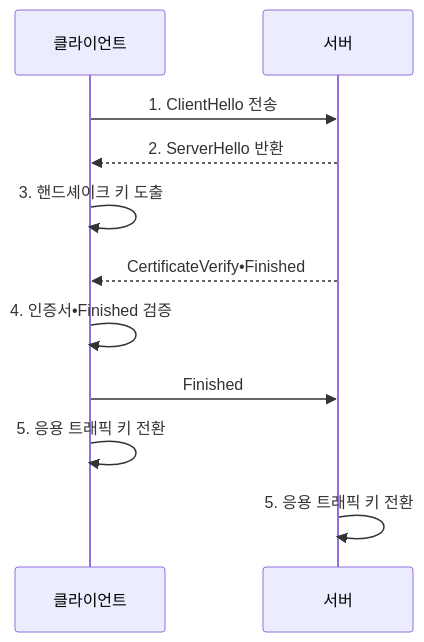
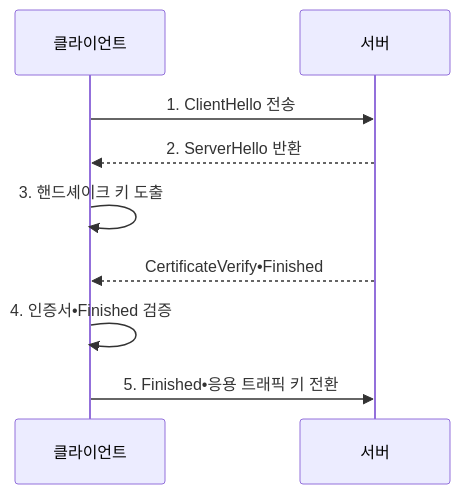
The second of 2 diagrams in src/content/docs/notes/05-security/011_tls_1_3_handshake.md (agnusdei1207/knowledge-base), drawn with Mermaid before and after one commit. The commit also changed other lines of this file and 7 other files, not shown here.

````diff
--- a/src/content/docs/notes/05-security/011_tls_1_3_handshake.md
+++ b/src/content/docs/notes/05-security/011_tls_1_3_handshake.md
@@ -110,13 +110,11 @@
 ```mermaid
 sequenceDiagram
     participant C as 클라이언트
     participant S as 서버
     C->>S: 1. ClientHello 전송
     S-->>C: 2. ServerHello 반환
     C->>C: 3. 핸드셰이크 키 도출
     S-->>C: CertificateVerify•Finished
     C->>C: 4. 인증서•Finished 검증
-    C->>S: Finished
-    C->>C: 5. 응용 트래픽 키 전환
-    S->>S: 5. 응용 트래픽 키 전환
+    C->>S: 5. Finished•응용 트래픽 키 전환
 ```
````
